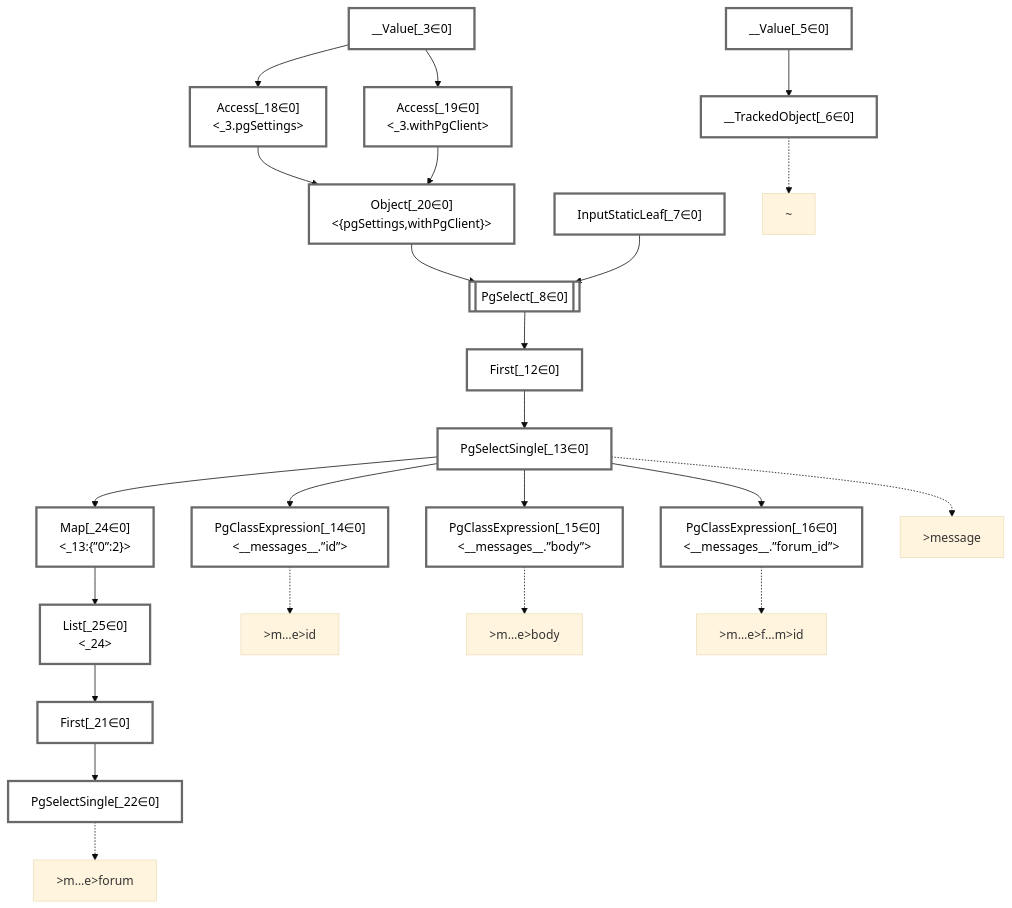
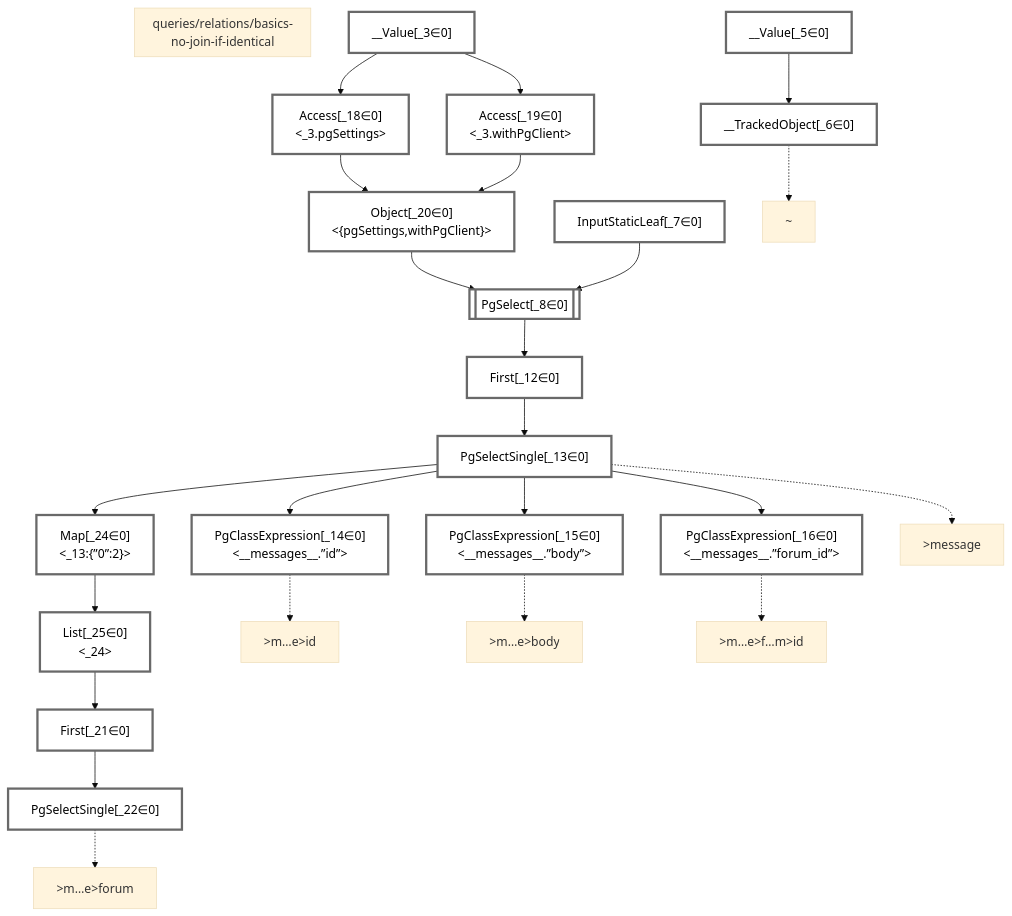
Before and after one commit to graphile/crystal: the diagram in packages/dataplan-pg/__tests__/queries/relations/basics-no-join-if-identical.mermaid.md, drawn with Mermaid (base theme). The commit also changed 195 other files, not shown here.

````diff
--- a/packages/dataplan-pg/__tests__/queries/relations/basics-no-join-if-identical.mermaid.md
+++ b/packages/dataplan-pg/__tests__/queries/relations/basics-no-join-if-identical.mermaid.md
@@ -1,64 +1,66 @@
 ```mermaid
 graph TD
+    subgraph "queries/relations/basics-no-join-if-identical"
+    end
     classDef path fill:#eee,stroke:#000,color:#000
     classDef plan fill:#fff,stroke-width:3px,color:#000
     classDef itemplan fill:#fff,stroke-width:6px,color:#000
     classDef sideeffectplan fill:#f00,stroke-width:6px,color:#000
     classDef bucket fill:#f6f6f6,color:#000,stroke-width:6px,text-align:left
 
 
     %% define plans
     __Value_3["__Value[_3∈0]<br /><context>"]:::plan
     __Value_5["__Value[_5∈0]<br /><rootValue>"]:::plan
     __TrackedObject_6["__TrackedObject[_6∈0]"]:::plan
     InputStaticLeaf_7["InputStaticLeaf[_7∈0]"]:::plan
     PgSelect_8[["PgSelect[_8∈0]<br /><messages>"]]:::plan
     First_12["First[_12∈0]"]:::plan
     PgSelectSingle_13["PgSelectSingle[_13∈0]<br /><messages>"]:::plan
     PgClassExpression_14["PgClassExpression[_14∈0]<br /><__messages__.”id”>"]:::plan
     PgClassExpression_15["PgClassExpression[_15∈0]<br /><__messages__.”body”>"]:::plan
     PgClassExpression_16["PgClassExpression[_16∈0]<br /><__messages__.”forum_id”>"]:::plan
     Access_18["Access[_18∈0]<br /><_3.pgSettings>"]:::plan
     Access_19["Access[_19∈0]<br /><_3.withPgClient>"]:::plan
     Object_20["Object[_20∈0]<br /><{pgSettings,withPgClient}>"]:::plan
     First_21["First[_21∈0]"]:::plan
     PgSelectSingle_22["PgSelectSingle[_22∈0]<br /><forums>"]:::plan
     Map_24["Map[_24∈0]<br /><_13:{”0”:2}>"]:::plan
     List_25["List[_25∈0]<br /><_24>"]:::plan
 
     %% plan dependencies
     __Value_5 --> __TrackedObject_6
     Object_20 --> PgSelect_8
     InputStaticLeaf_7 --> PgSelect_8
     PgSelect_8 --> First_12
     First_12 --> PgSelectSingle_13
     PgSelectSingle_13 --> PgClassExpression_14
     PgSelectSingle_13 --> PgClassExpression_15
     PgSelectSingle_13 --> PgClassExpression_16
     __Value_3 --> Access_18
     __Value_3 --> Access_19
     Access_18 --> Object_20
     Access_19 --> Object_20
     List_25 --> First_21
     First_21 --> PgSelectSingle_22
     PgSelectSingle_13 --> Map_24
     Map_24 --> List_25
 
     %% plan-to-path relationships
     P_6["~"]
     __TrackedObject_6 -.-> P_6
     P_13[">message"]
     PgSelectSingle_13 -.-> P_13
     P_14[">m…e>id"]
     PgClassExpression_14 -.-> P_14
     P_15[">m…e>body"]
     PgClassExpression_15 -.-> P_15
     P_16[">m…e>f…m>id"]
     PgClassExpression_16 -.-> P_16
     P_22[">m…e>forum"]
     PgSelectSingle_22 -.-> P_22
 
     %% allocate buckets
     classDef bucket0 stroke:#696969
     class __Value_3,__Value_5,__TrackedObject_6,InputStaticLeaf_7,PgSelect_8,First_12,PgSelectSingle_13,PgClassExpression_14,PgClassExpression_15,PgClassExpression_16,Access_18,Access_19,Object_20,First_21,PgSelectSingle_22,Map_24,List_25 bucket0
 ```
````
